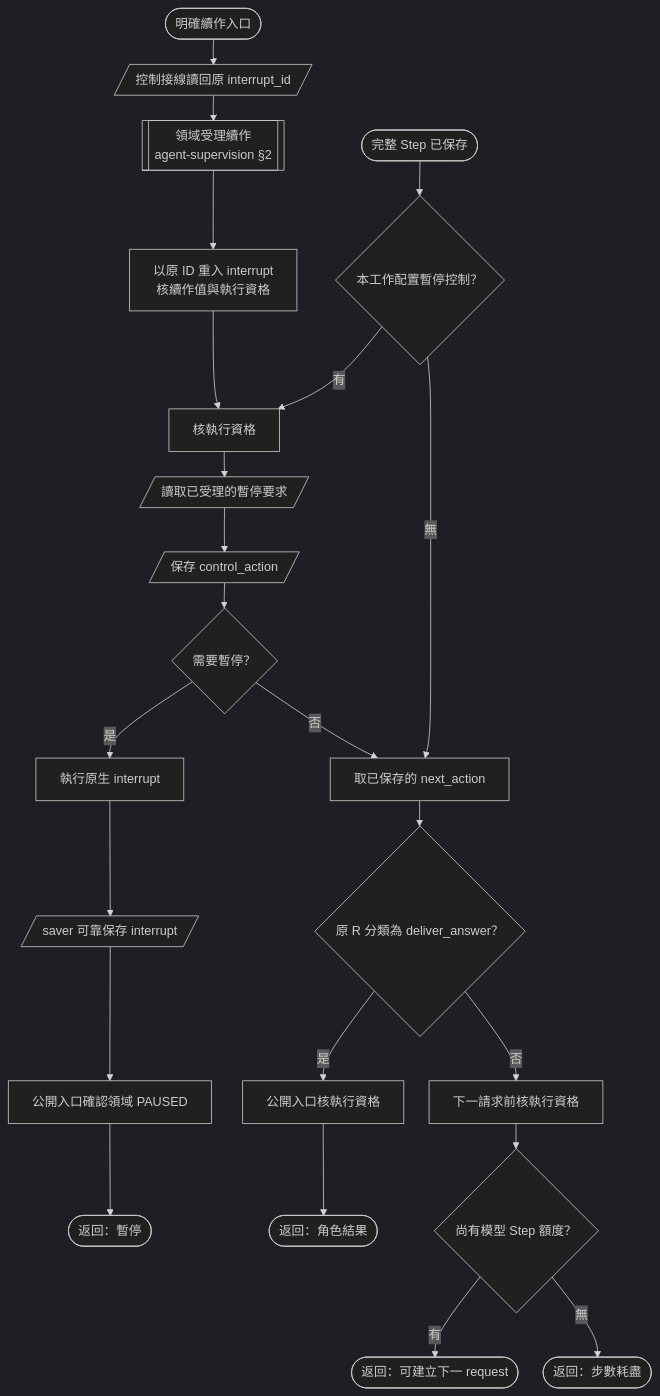
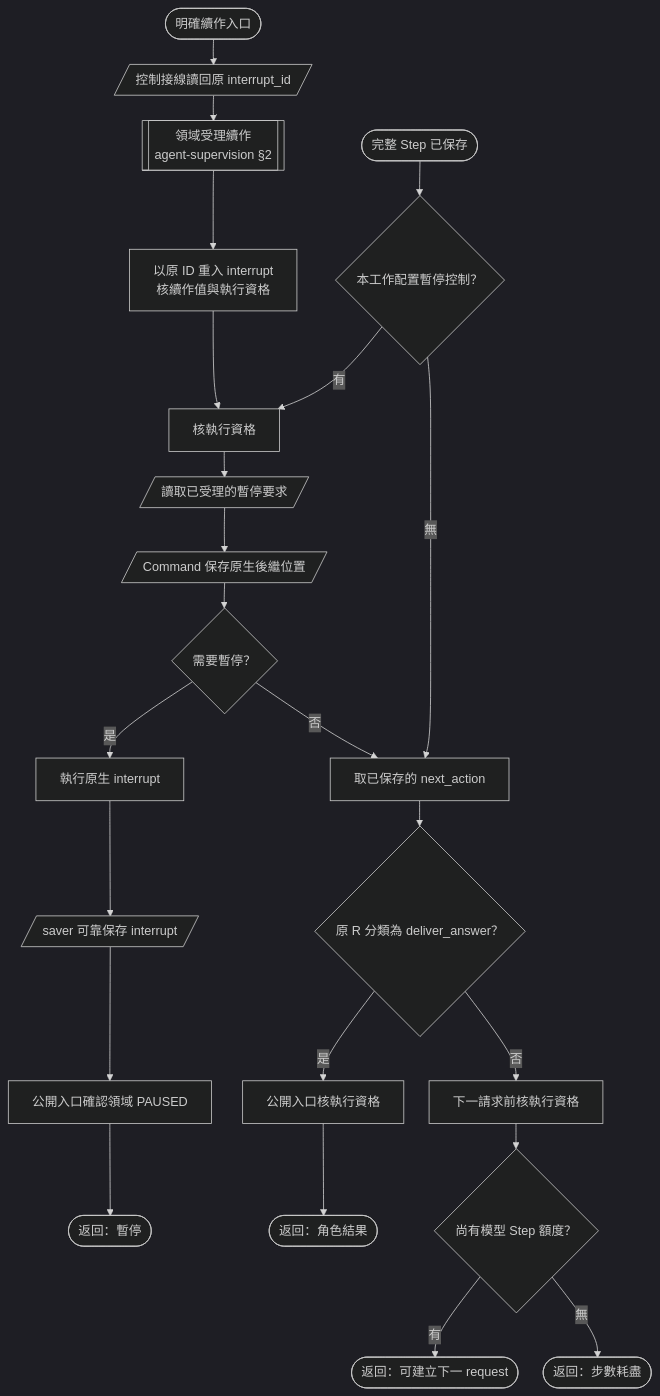
Before and after one commit to JD-Consultant/Caliburn: the diagram in docs/diagrams/implementation/agent-execution/step-control.mmd, drawn with Mermaid (dark theme). The commit also changed 920 other files, not shown here.

```diff
--- a/docs/diagrams/implementation/agent-execution/step-control.mmd
+++ b/docs/diagrams/implementation/agent-execution/step-control.mmd
@@ -1,26 +1,26 @@
 %% title: 現行流程：完整 Step 後的控制
 %% legend: 膠囊：本圖起訖；矩形：處理；菱形：判斷；平行四邊形：資料交接；雙側線：子流程。
 %%{init: {"flowchart": {"wrappingWidth": 240, "nodeSpacing": 32, "rankSpacing": 32}}}%%
 flowchart TD
   START([完整 Step 已保存]) --> HAS{本工作配置暫停控制？}
   HAS -->|有| CHECK[核執行資格]
   CHECK --> READ[/讀取已受理的暫停要求/]
-  READ --> SAVE[/保存 control_action/]
+  READ --> SAVE[/Command 保存原生後繼位置/]
   SAVE --> PAUSE{需要暫停？}
   PAUSE -->|是| INT[執行原生 interrupt]
   INT --> DURABLE[/saver 可靠保存 interrupt/]
   DURABLE --> MARK[公開入口確認領域 PAUSED]
   MARK --> PAUSED([返回：暫停])
   HAS -->|無| ROUTE[取已保存的 next_action]
   PAUSE -->|否| ROUTE
   ROUTE --> FINAL{原 R 分類為 deliver_answer？}
   FINAL -->|是| ACTIVE[公開入口核執行資格]
   ACTIVE --> DONE([返回：角色結果])
   FINAL -->|否| GUARD[下一請求前核執行資格]
   GUARD --> LIMIT{尚有模型 Step 額度？}
   LIMIT -->|有| CONTINUE([返回：可建立下一 request])
   LIMIT -->|無| STOP([返回：步數耗盡])
   RESUME([明確續作入口]) --> ID[/控制接線讀回原 interrupt_id/]
   ID --> ACCEPT[[領域受理續作<br/>agent-supervision §2]]
   ACCEPT --> COMMAND[以原 ID 重入 interrupt<br/>核續作值與執行資格]
   COMMAND --> CHECK
```
